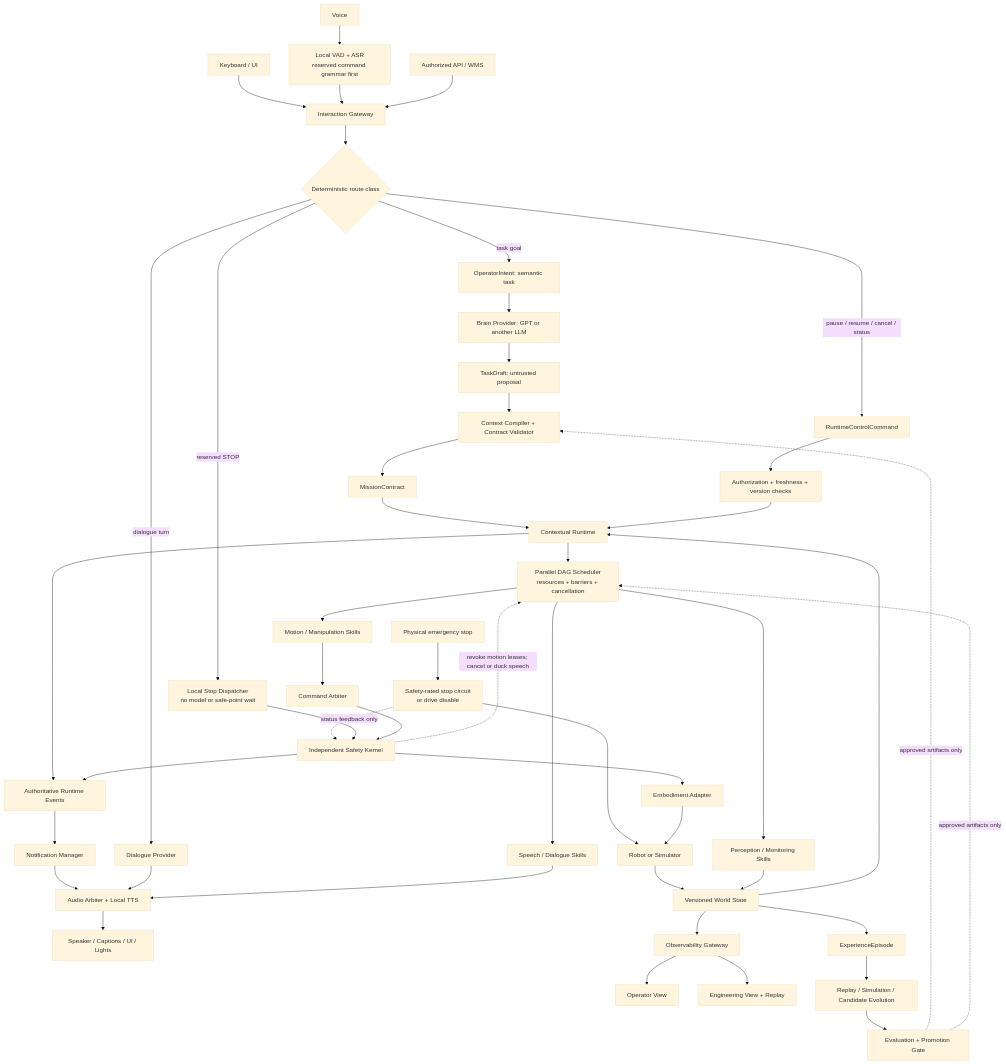
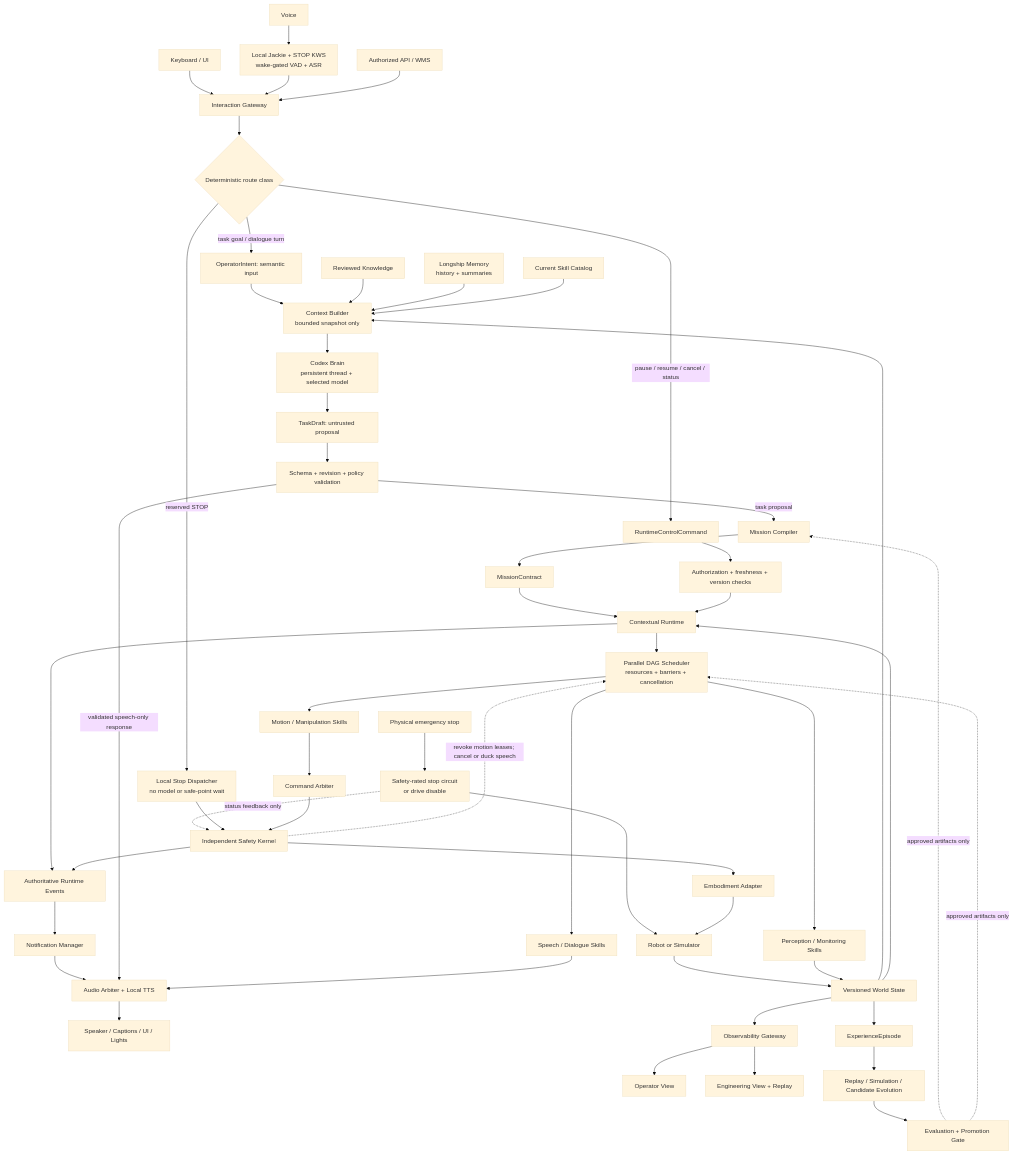
The first of 3 diagrams in docs/architecture/system-architecture-v2.md (echengdee/longship), drawn with Mermaid (base theme) before and after one commit. The commit also changed other lines of this file and 47 other files, not shown here.

First line of the commit message:
feat: add experimental voice tour, Jackie input, and integration seams (#2)

````diff
--- a/docs/architecture/system-architecture-v2.md
+++ b/docs/architecture/system-architecture-v2.md
@@ -64,58 +65,63 @@
 ```mermaid
 flowchart TB
-    Voice["Voice"] --> VoiceFront["Local VAD + ASR<br/>reserved command grammar first"]
+    Voice["Voice"] --> VoiceFront["Local Jackie + STOP KWS<br/>wake-gated VAD + ASR"]
     Keys["Keyboard / UI"] --> IG["Interaction Gateway"]
     VoiceFront --> IG
     WMS["Authorized API / WMS"] --> IG
     IG --> Route{"Deterministic route class"}
 
-    Route -->|task goal| Intent["OperatorIntent: semantic task"]
-    Intent --> Brain["Brain Provider: GPT or another LLM"]
+    Route -->|task goal / dialogue turn| Intent["OperatorIntent: semantic input"]
+    Intent --> Context["Context Builder<br/>bounded snapshot only"]
+    Knowledge["Reviewed Knowledge"] --> Context
+    Memory["Longship Memory<br/>history + summaries"] --> Context
+    SkillsView["Current Skill Catalog"] --> Context
+    State --> Context
+    Context --> Brain["Codex Brain<br/>persistent thread + selected model"]
     Brain --> Draft["TaskDraft: untrusted proposal"]
-    Draft --> Compiler["Context Compiler + Contract Validator"]
+    Draft --> DecisionGate["Schema + revision + policy validation"]
+    DecisionGate -->|task proposal| Compiler["Mission Compiler"]
     Compiler --> Mission["MissionContract"]
     Mission --> Runtime["Contextual Runtime"]
 
-    Route -->|dialogue turn| Dialogue["Dialogue Provider"]
     Route -->|pause / resume / cancel / status| Control["RuntimeControlCommand"]
     Control --> ControlCheck["Authorization + freshness + version checks"]
     ControlCheck --> Runtime
 
     Route -->|reserved STOP| Stop["Local Stop Dispatcher<br/>no model or safe-point wait"]
     Physical["Physical emergency stop"] --> HardStop["Safety-rated stop circuit<br/>or drive disable"]
     HardStop --> Target
     HardStop -. "status feedback only" .-> Safety["Independent Safety Kernel"]
     Stop --> Safety
 
     Runtime --> Scheduler["Parallel DAG Scheduler<br/>resources + barriers + cancellation"]
     Scheduler --> Motion["Motion / Manipulation Skills"]
     Scheduler --> Interaction["Speech / Dialogue Skills"]
     Scheduler --> Perception["Perception / Monitoring Skills"]
 
     Motion --> Arbiter["Command Arbiter"]
     Arbiter --> Safety
     Safety --> Adapter["Embodiment Adapter"]
     Adapter --> Target["Robot or Simulator"]
 
     Runtime --> Events["Authoritative Runtime Events"]
     Safety --> Events
     Events --> Notify["Notification Manager"]
     Notify --> Audio["Audio Arbiter + Local TTS"]
-    Dialogue --> Audio
+    DecisionGate -->|validated speech-only response| Audio
     Interaction --> Audio
     Audio --> Outputs["Speaker / Captions / UI / Lights"]
 
     Target --> State["Versioned World State"]
     Perception --> State
     State --> Runtime
     State --> Obs["Observability Gateway"]
     Obs --> Operator["Operator View"]
     Obs --> Engineer["Engineering View + Replay"]
     State --> Episode["ExperienceEpisode"]
     Episode --> Evolution["Replay / Simulation / Candidate Evolution"]
     Evolution --> Eval["Evaluation + Promotion Gate"]
     Eval -. approved artifacts only .-> Compiler
     Eval -. approved artifacts only .-> Scheduler
 
     Safety -. "revoke motion leases; cancel or duck speech" .-> Scheduler
 ```
````
